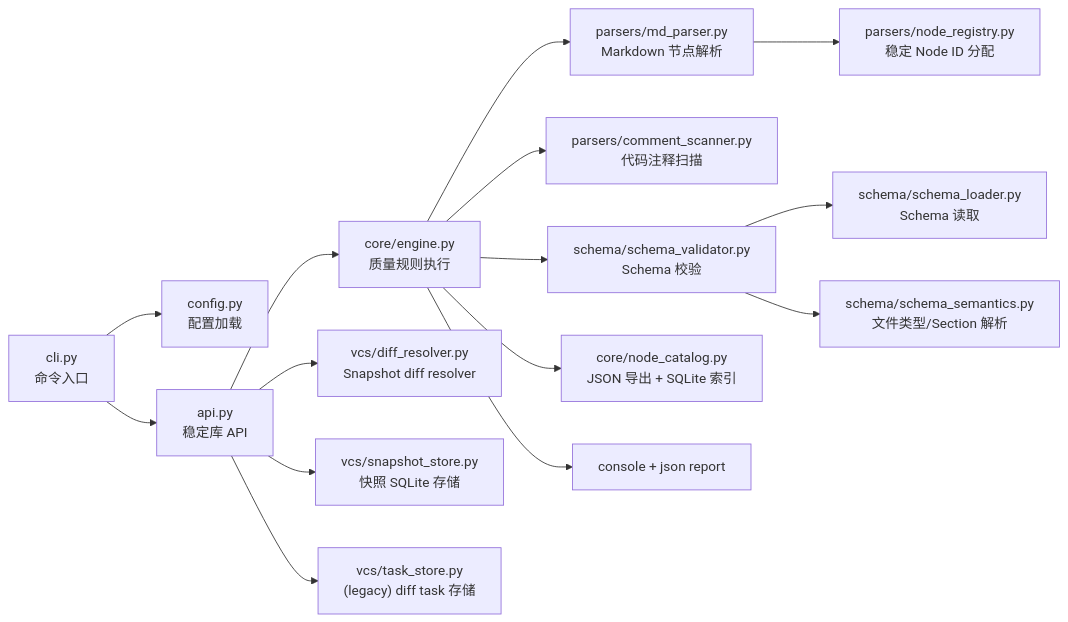
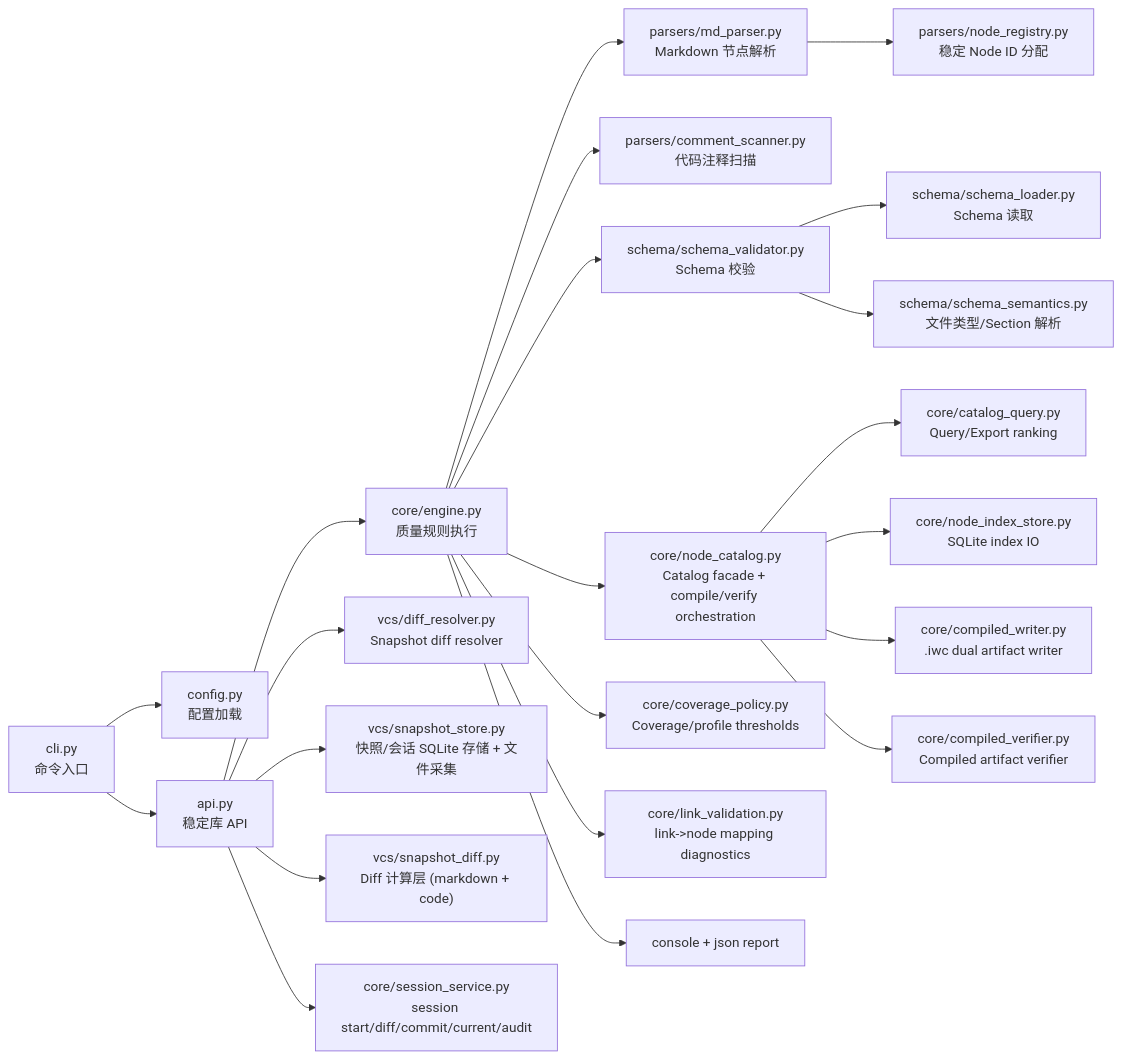
One commit to InstructWare/iwp-tools changed the first of 5 diagrams in iwp_lint/ARCHITECTURE.md. Above: the diagram before and after it, drawn with Mermaid. The commit also changed other lines of this file and 86 other files, not shown here.

````diff
--- a/iwp_lint/ARCHITECTURE.md
+++ b/iwp_lint/ARCHITECTURE.md
@@ -26,20 +26,27 @@
 ```mermaid
 flowchart LR
   CLI["cli.py\n命令入口"] --> CFG["config.py\n配置加载"]
   CLI --> API["api.py\n稳定库 API"]
   API --> ENG["core/engine.py\n质量规则执行"]
 
   ENG --> MP["parsers/md_parser.py\nMarkdown 节点解析"]
   MP --> NR["parsers/node_registry.py\n稳定 Node ID 分配"]
 
   ENG --> CS["parsers/comment_scanner.py\n代码注释扫描"]
   ENG --> SV["schema/schema_validator.py\nSchema 校验"]
   SV --> SL["schema/schema_loader.py\nSchema 读取"]
   SV --> SS["schema/schema_semantics.py\n文件类型/Section 解析"]
   API --> DF["vcs/diff_resolver.py\nSnapshot diff resolver"]
-  API --> SP["vcs/snapshot_store.py\n快照 SQLite 存储"]
-  API --> TS["vcs/task_store.py\n(legacy) diff task 存储"]
-  ENG --> NC["core/node_catalog.py\nJSON 导出 + SQLite 索引"]
+  API --> SP["vcs/snapshot_store.py\n快照/会话 SQLite 存储 + 文件采集"]
+  API --> SD["vcs/snapshot_diff.py\nDiff 计算层 (markdown + code)"]
+  ENG --> NC["core/node_catalog.py\nCatalog facade + compile/verify orchestration"]
+  NC --> NQ["core/catalog_query.py\nQuery/Export ranking"]
+  NC --> NI["core/node_index_store.py\nSQLite index IO"]
+  NC --> CW["core/compiled_writer.py\n.iwc dual artifact writer"]
+  NC --> CV["core/compiled_verifier.py\nCompiled artifact verifier"]
+  ENG --> CP["core/coverage_policy.py\nCoverage/profile thresholds"]
+  ENG --> LV["core/link_validation.py\nlink->node mapping diagnostics"]
+  API --> SES["core/session_service.py\nsession start/diff/commit/current/audit"]
 
   ENG --> OUT["console + json report"]
 ```
````
